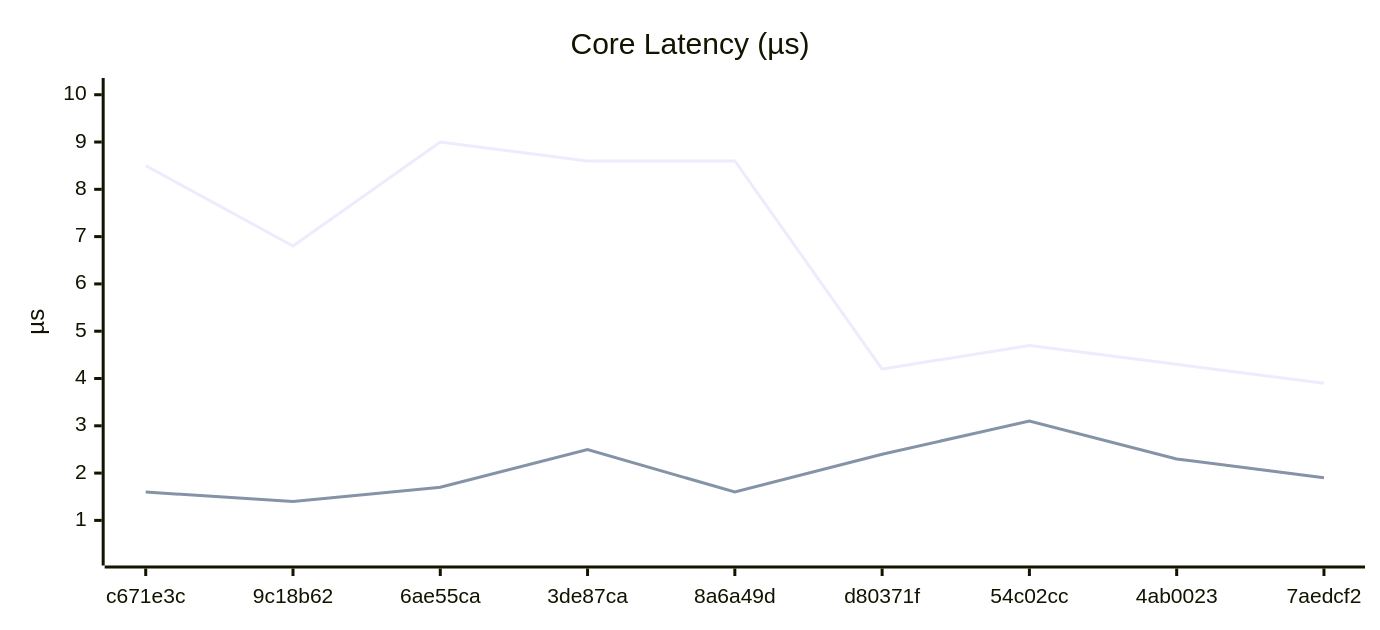
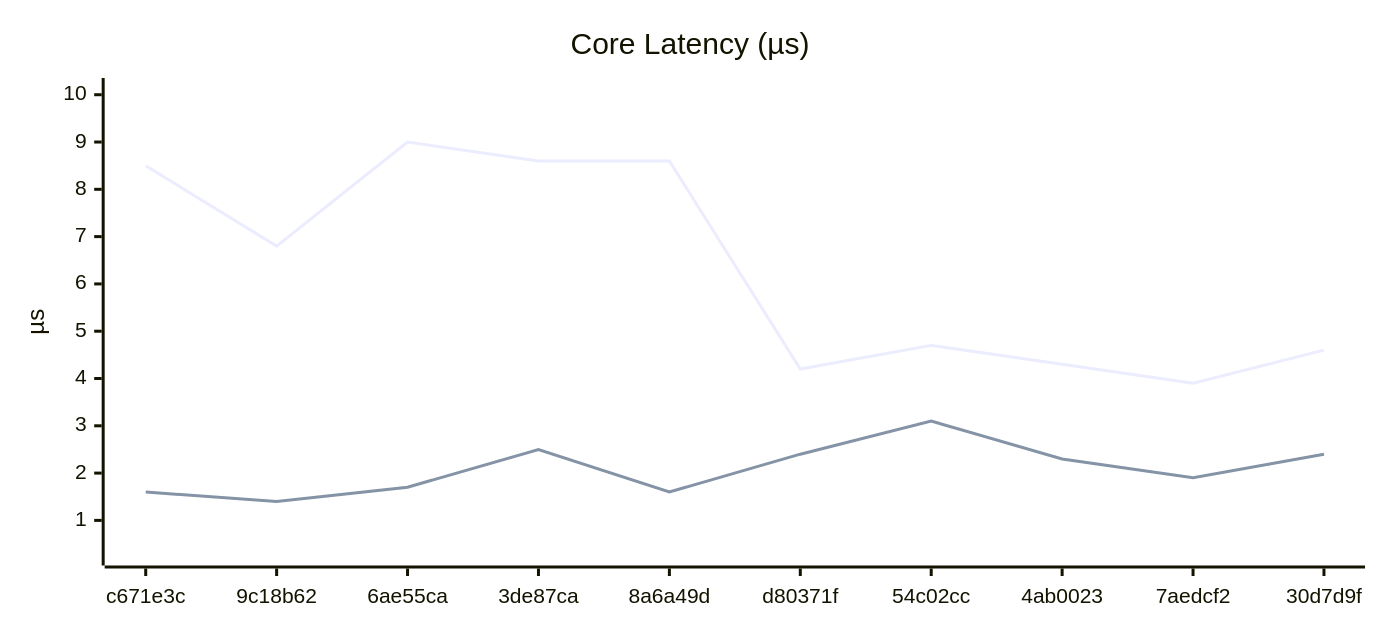
One commit to Ikolvi/titan changed the first of 3 diagrams in docs/BENCHMARKS.md. Above: the diagram before and after it, drawn with Mermaid. The commit also changed other lines of this file, not shown here.

````diff
--- a/docs/BENCHMARKS.md
+++ b/docs/BENCHMARKS.md
@@ -57,14 +58,14 @@
 ```mermaid
 ---
 config:
     xyChart:
         width: 900
         height: 400
 ---
 xychart-beta
     title "Core Latency (µs)"
-    x-axis ["c671e3c", "9c18b62", "6ae55ca", "3de87ca", "8a6a49d", "d80371f", "54c02cc", "4ab0023", "7aedcf2"]
+    x-axis ["c671e3c", "9c18b62", "6ae55ca", "3de87ca", "8a6a49d", "d80371f", "54c02cc", "4ab0023", "7aedcf2", "30d7d9f"]
     y-axis "µs" 0.3 --> 10.1
-    line [8.5, 6.8, 9.0, 8.6, 8.6, 4.2, 4.7, 4.3, 3.9]
-    line [1.6, 1.4, 1.7, 2.5, 1.6, 2.4, 3.1, 2.3, 1.9]
+    line [8.5, 6.8, 9.0, 8.6, 8.6, 4.2, 4.7, 4.3, 3.9, 4.6]
+    line [1.6, 1.4, 1.7, 2.5, 1.6, 2.4, 3.1, 2.3, 1.9, 2.4]
 ```
````
